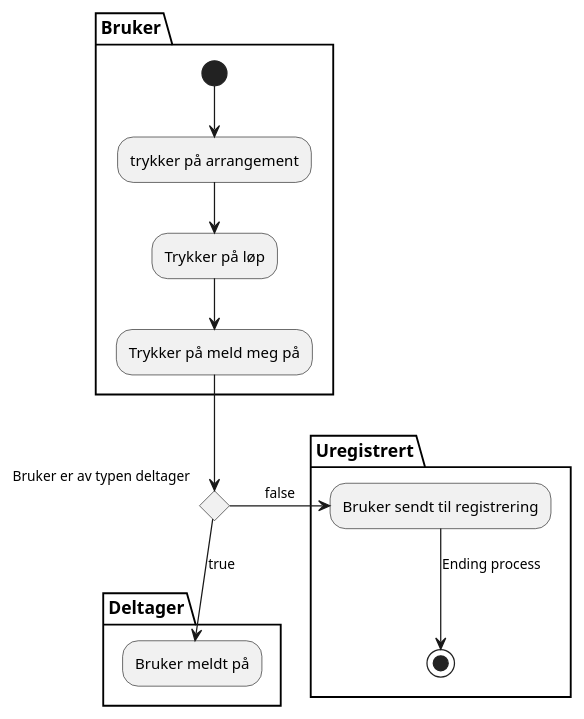
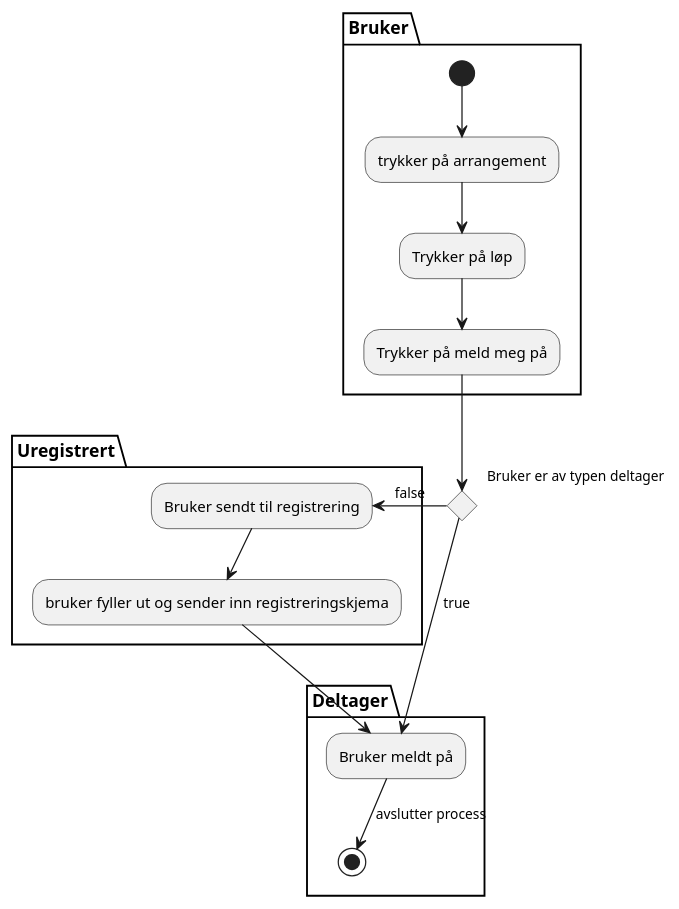
One commit to GossipDolphin/software_prosjekt_18 changed the diagram in diagrammer/sekvensdiagrammer/Deltager_melder_seg_paa_lop.puml. Above: the diagram before and after it, drawn with PlantUML. The commit also changed 3 other files, not shown here.

```diff
--- a/diagrammer/sekvensdiagrammer/Deltager_melder_seg_paa_lop.puml
+++ b/diagrammer/sekvensdiagrammer/Deltager_melder_seg_paa_lop.puml
@@ -1,17 +1,19 @@
 @startuml
 partition Bruker {
 (*) --> "trykker på arrangement"
 "trykker på arrangement" --> "Trykker på løp"
 --> "Trykker på meld meg på"
 }
 if "Bruker er av typen deltager" then
 partition Deltager {
   -->[true] "Bruker meldt på"
+  -->[avslutter process] (*)
 }
 else
 partition Uregistrert {
   ->[false] "Bruker sendt til registrering"
-  -->[Ending process] (*)
+  --> "bruker fyller ut og sender inn registreringskjema"
+  --> "Bruker meldt på"
   }
 endif
 @enduml
```
